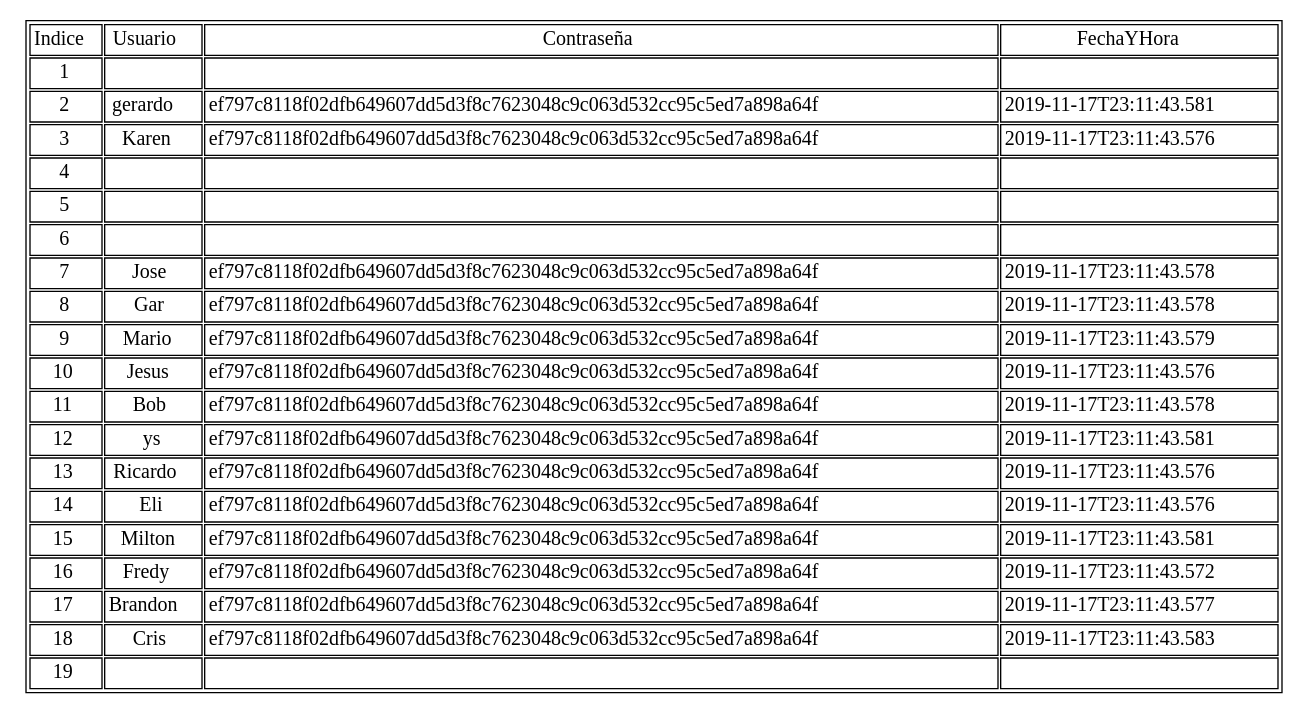
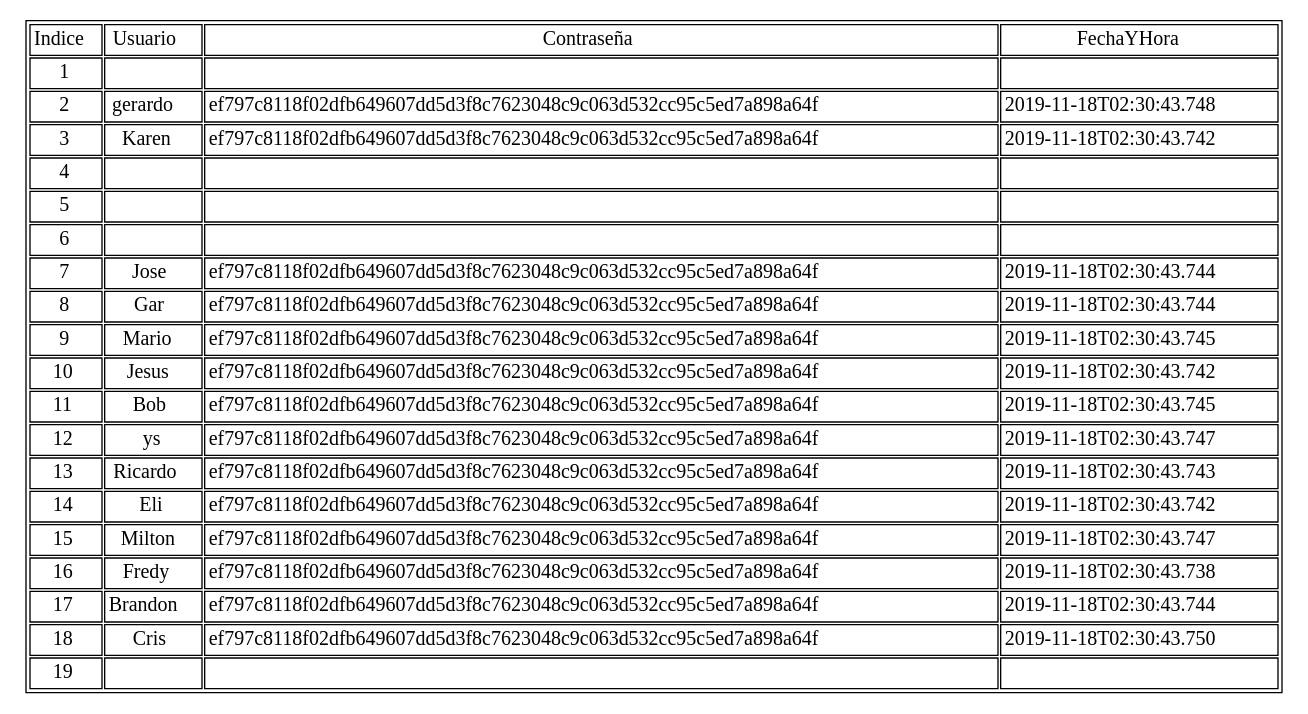
One commit to fraced97/EDD_2S2019_PY2_201700350 changed the diagram in HashTable.dot. Above: the diagram before and after it, drawn with Graphviz. The commit also changed 11 other files, not shown here.

```diff
--- a/HashTable.dot
+++ b/HashTable.dot
@@ -33,7 +33,7 @@
 ef797c8118f02dfb649607dd5d3f8c7623048c9c063d532cc95c5ed7a898a64f
 </TD>
 <TD>
-2019-11-17T23:11:43.581
+2019-11-18T02:30:43.748
 </TD>
 </TR>
 <TR>
@@ -47,7 +47,7 @@
 ef797c8118f02dfb649607dd5d3f8c7623048c9c063d532cc95c5ed7a898a64f
 </TD>
 <TD>
-2019-11-17T23:11:43.576
+2019-11-18T02:30:43.742
 </TD>
 </TR>
 <TR>
@@ -103,7 +103,7 @@
 ef797c8118f02dfb649607dd5d3f8c7623048c9c063d532cc95c5ed7a898a64f
 </TD>
 <TD>
-2019-11-17T23:11:43.578
+2019-11-18T02:30:43.744
 </TD>
 </TR>
 <TR>
@@ -117,7 +117,7 @@
 ef797c8118f02dfb649607dd5d3f8c7623048c9c063d532cc95c5ed7a898a64f
 </TD>
 <TD>
-2019-11-17T23:11:43.578
+2019-11-18T02:30:43.744
 </TD>
 </TR>
 <TR>
@@ -131,7 +131,7 @@
 ef797c8118f02dfb649607dd5d3f8c7623048c9c063d532cc95c5ed7a898a64f
 </TD>
 <TD>
-2019-11-17T23:11:43.579
+2019-11-18T02:30:43.745
 </TD>
 </TR>
 <TR>
@@ -145,7 +145,7 @@
 ef797c8118f02dfb649607dd5d3f8c7623048c9c063d532cc95c5ed7a898a64f
 </TD>
 <TD>
-2019-11-17T23:11:43.576
+2019-11-18T02:30:43.742
 </TD>
 </TR>
 <TR>
@@ -159,7 +159,7 @@
 ef797c8118f02dfb649607dd5d3f8c7623048c9c063d532cc95c5ed7a898a64f
 </TD>
 <TD>
-2019-11-17T23:11:43.578
+2019-11-18T02:30:43.745
 </TD>
 </TR>
 <TR>
@@ -173,7 +173,7 @@
 ef797c8118f02dfb649607dd5d3f8c7623048c9c063d532cc95c5ed7a898a64f
 </TD>
 <TD>
-2019-11-17T23:11:43.581
+2019-11-18T02:30:43.747
 </TD>
 </TR>
 <TR>
@@ -187,7 +187,7 @@
 ef797c8118f02dfb649607dd5d3f8c7623048c9c063d532cc95c5ed7a898a64f
 </TD>
 <TD>
-2019-11-17T23:11:43.576
+2019-11-18T02:30:43.743
 </TD>
 </TR>
 <TR>
@@ -201,7 +201,7 @@
 ef797c8118f02dfb649607dd5d3f8c7623048c9c063d532cc95c5ed7a898a64f
 </TD>
 <TD>
-2019-11-17T23:11:43.576
+2019-11-18T02:30:43.742
 </TD>
 </TR>
 <TR>
@@ -215,7 +215,7 @@
 ef797c8118f02dfb649607dd5d3f8c7623048c9c063d532cc95c5ed7a898a64f
 </TD>
 <TD>
-2019-11-17T23:11:43.581
+2019-11-18T02:30:43.747
 </TD>
 </TR>
 <TR>
@@ -229,7 +229,7 @@
 ef797c8118f02dfb649607dd5d3f8c7623048c9c063d532cc95c5ed7a898a64f
 </TD>
 <TD>
-2019-11-17T23:11:43.572
+2019-11-18T02:30:43.738
 </TD>
 </TR>
 <TR>
@@ -243,7 +243,7 @@
 ef797c8118f02dfb649607dd5d3f8c7623048c9c063d532cc95c5ed7a898a64f
 </TD>
 <TD>
-2019-11-17T23:11:43.577
+2019-11-18T02:30:43.744
 </TD>
 </TR>
 <TR>
@@ -257,7 +257,7 @@
 ef797c8118f02dfb649607dd5d3f8c7623048c9c063d532cc95c5ed7a898a64f
 </TD>
 <TD>
-2019-11-17T23:11:43.583
+2019-11-18T02:30:43.750
 </TD>
 </TR>
 <TR>
```
